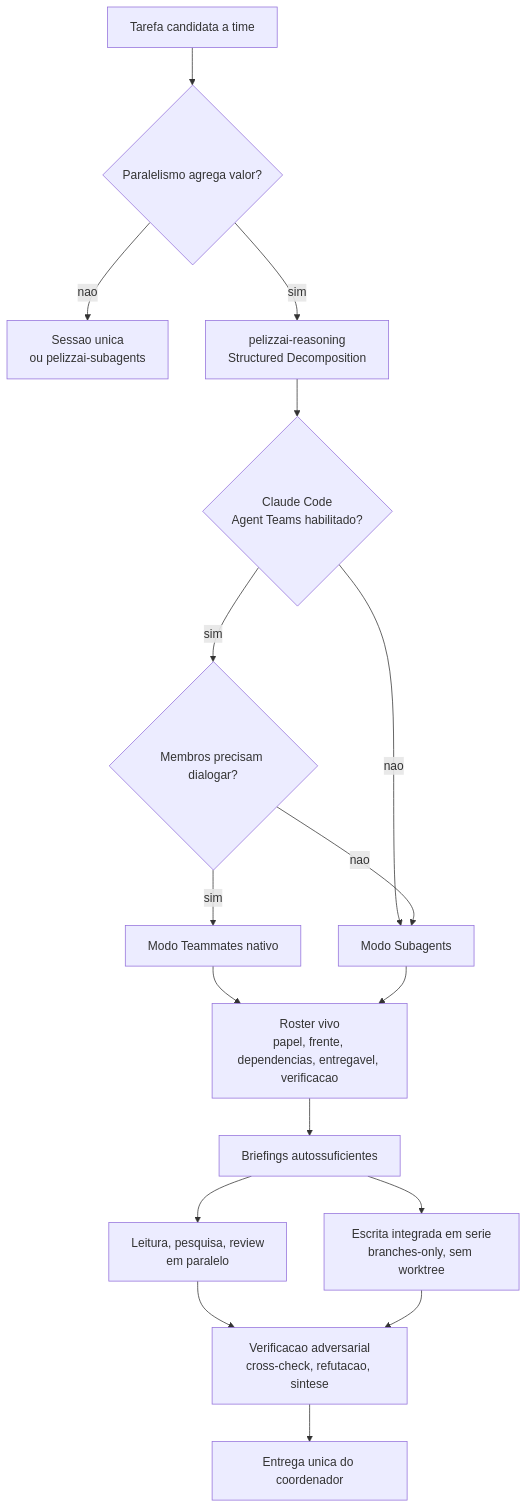
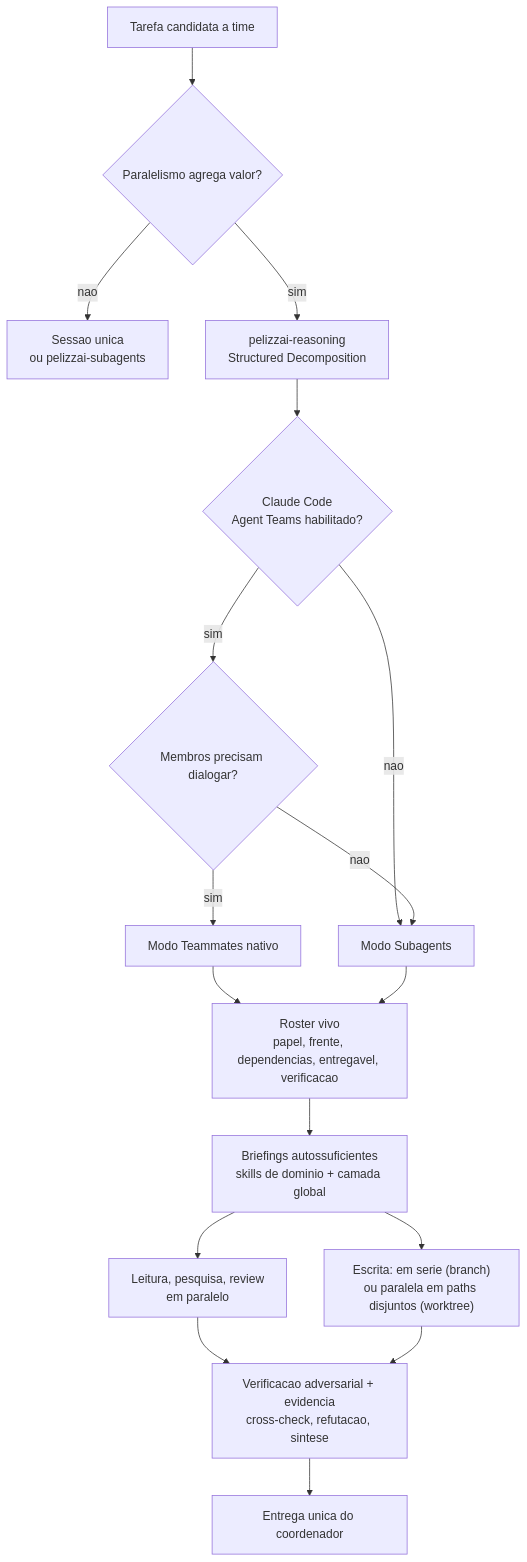
The eighth of 11 diagrams in README.md (rpelizza/PelizzAI), drawn with Mermaid before and after one commit. The commit also changed other lines of this file and 34 other files, not shown here.

````diff
--- a/README.md
+++ b/README.md
@@ -256,20 +296,20 @@
 ```mermaid
 flowchart TD
     WORK["Tarefa candidata a time"] --> VALUE{"Paralelismo agrega valor?"}
     VALUE -- "nao" --> SINGLE["Sessao unica<br/>ou pelizzai-subagents"]
     VALUE -- "sim" --> DEC["pelizzai-reasoning<br/>Structured Decomposition"]
     DEC --> CAP{"Claude Code<br/>Agent Teams habilitado?"}
     CAP -- "nao" --> SUBMODE["Modo Subagents"]
     CAP -- "sim" --> TALK{"Membros precisam dialogar?"}
     TALK -- "sim" --> TEAMMODE["Modo Teammates nativo"]
     TALK -- "nao" --> SUBMODE
 
     TEAMMODE --> ROSTER["Roster vivo<br/>papel, frente, dependencias, entregavel, verificacao"]
     SUBMODE --> ROSTER
-    ROSTER --> BRIEFS["Briefings autossuficientes"]
+    ROSTER --> BRIEFS["Briefings autossuficientes<br/>skills de dominio + camada global"]
     BRIEFS --> PAR["Leitura, pesquisa, review<br/>em paralelo"]
-    BRIEFS --> SERIAL["Escrita integrada em serie<br/>branches-only, sem worktree"]
-    PAR --> SYN["Verificacao adversarial<br/>cross-check, refutacao, sintese"]
-    SERIAL --> SYN
+    BRIEFS --> WRITE["Escrita: em serie (branch)<br/>ou paralela em paths disjuntos (worktree)"]
+    PAR --> SYN["Verificacao adversarial + evidencia<br/>cross-check, refutacao, sintese"]
+    WRITE --> SYN
     SYN --> DONE["Entrega unica do coordenador"]
 ```
````
